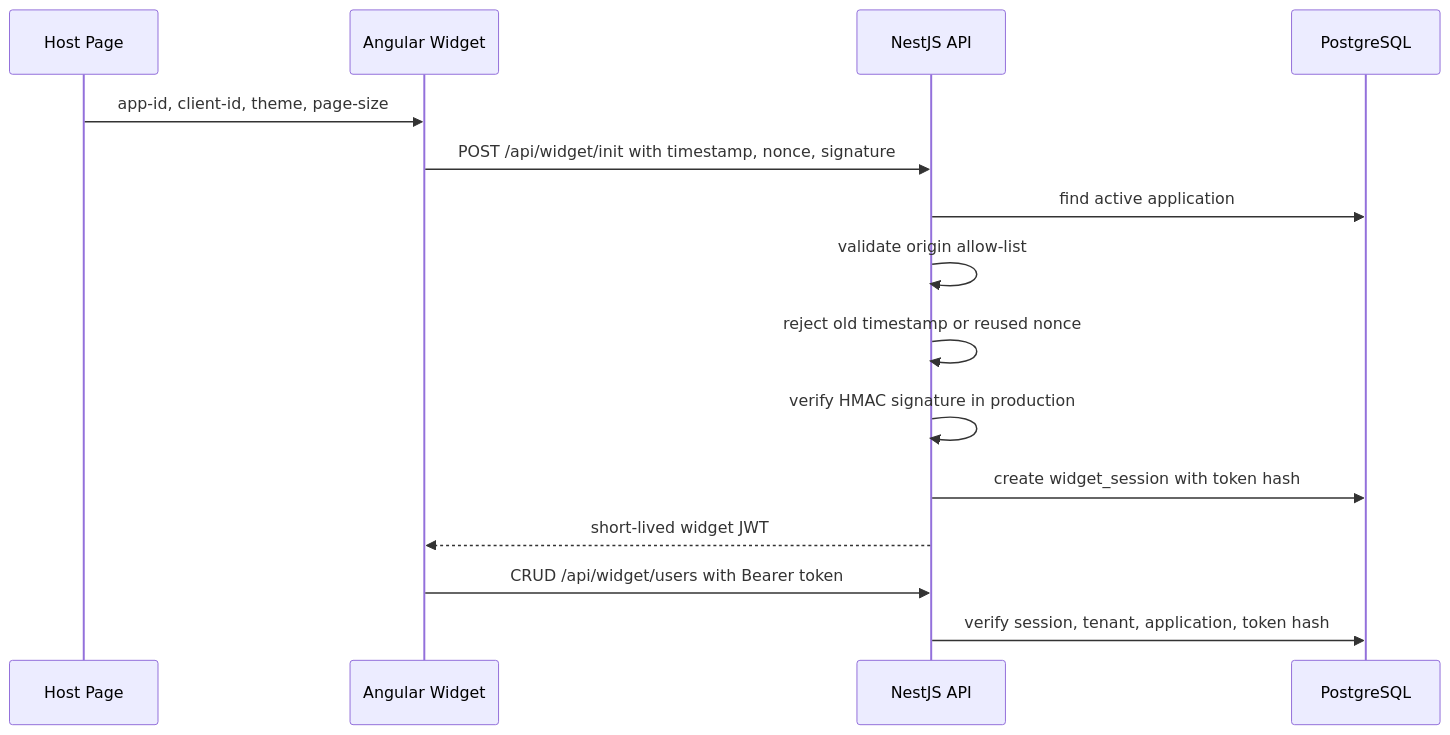
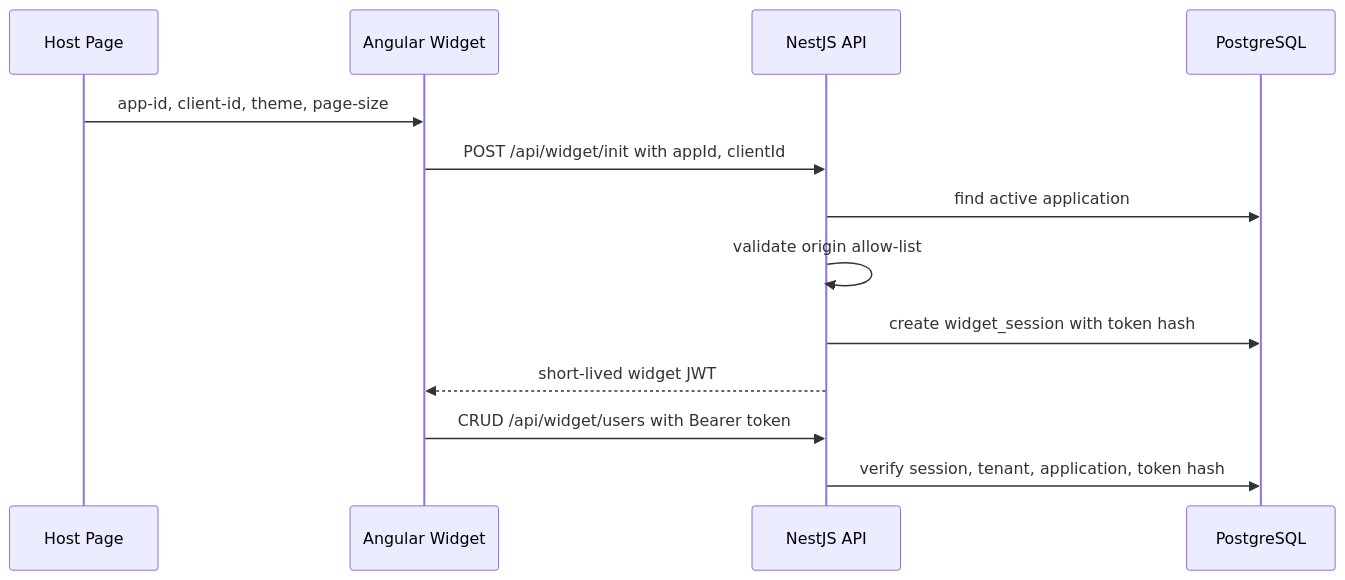
Before and after one commit to Harshathkulal/widget: the third of 3 diagrams in README.md, drawn with Mermaid. The commit also changed other lines of this file and 15 other files, not shown here.

Commit message:
fix: widget init session flow

````diff
--- a/README.md
+++ b/README.md
@@ -168,18 +183,16 @@
 ```mermaid
 sequenceDiagram
   participant Host as Host Page
   participant Widget as Angular Widget
   participant API as NestJS API
   participant DB as PostgreSQL
 
   Host->>Widget: app-id, client-id, theme, page-size
-  Widget->>API: POST /api/widget/init with timestamp, nonce, signature
+  Widget->>API: POST /api/widget/init with appId, clientId
   API->>DB: find active application
   API->>API: validate origin allow-list
-  API->>API: reject old timestamp or reused nonce
-  API->>API: verify HMAC signature in production
   API->>DB: create widget_session with token hash
   API-->>Widget: short-lived widget JWT
   Widget->>API: CRUD /api/widget/users with Bearer token
   API->>DB: verify session, tenant, application, token hash
 ```
````
